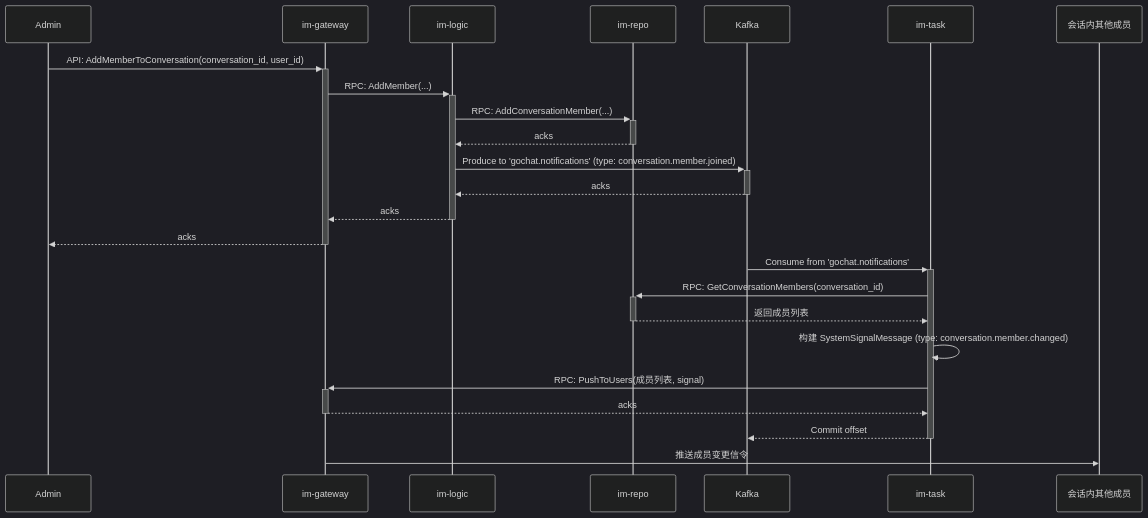
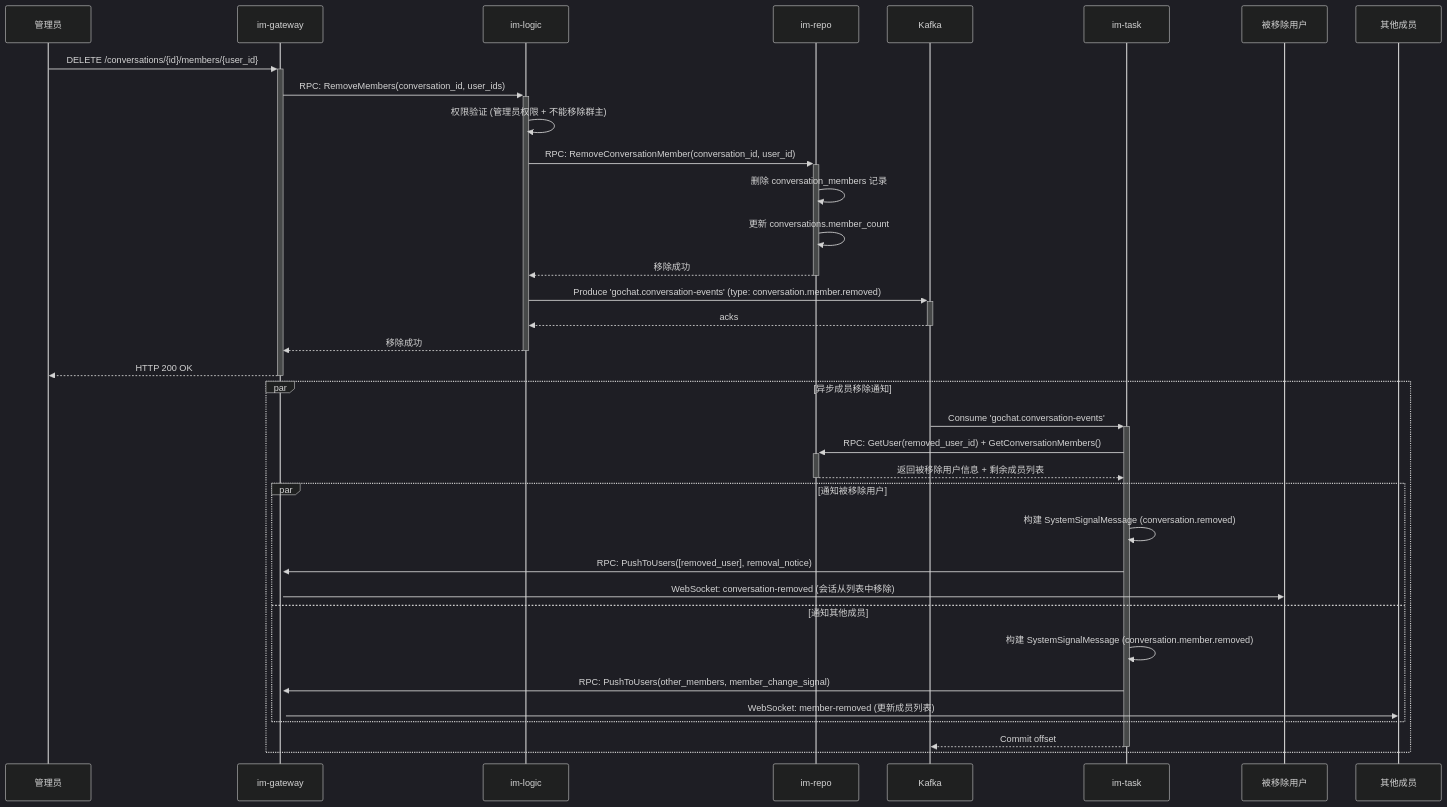
The seventh of 15 diagrams in docs/06_data_models/02_core_im_flows.md (ceyewan/gochat), drawn with Mermaid (dark theme) before and after one commit. The commit also changed other lines of this file and 5 other files, not shown here.

````diff
--- a/docs/06_data_models/02_core_im_flows.md
+++ b/docs/06_data_models/02_core_im_flows.md
@@ -125,29 +323,44 @@
 ```mermaid
 sequenceDiagram
-    participant Admin
+    participant Admin as 管理员
     participant Gateway as im-gateway
     participant Logic as im-logic
     participant Repo as im-repo
     participant Kafka
     participant Task as im-task
-    participant Others as 会话内其他成员
+    participant RemovedUser as 被移除用户
+    participant OtherMembers as 其他成员
 
-    Admin->>+Gateway: API: AddMemberToConversation(conversation_id, user_id)
-    Gateway->>+Logic: RPC: AddMember(...)
-    Logic->>+Repo: RPC: AddConversationMember(...)
-    Repo-->>-Logic: acks
-    Logic->>+Kafka: Produce to 'gochat.notifications' (type: conversation.member.joined)
+    Admin->>+Gateway: DELETE /conversations/{id}/members/{user_id}
+    Gateway->>+Logic: RPC: RemoveMembers(conversation_id, user_ids)
+    Logic->>Logic: 权限验证 (管理员权限 + 不能移除群主)
+    
+    Logic->>+Repo: RPC: RemoveConversationMember(conversation_id, user_id)
+    Repo->>Repo: 删除 conversation_members 记录
+    Repo->>Repo: 更新 conversations.member_count
+    Repo-->>-Logic: 移除成功
+
+    Logic->>+Kafka: Produce 'gochat.conversation-events' (type: conversation.member.removed)
     Kafka-->>-Logic: acks
-    Logic-->>-Gateway: acks
-    Gateway-->>-Admin: acks
+    Logic-->>-Gateway: 移除成功
+    Gateway-->>-Admin: HTTP 200 OK
 
-    Kafka->>+Task: Consume from 'gochat.notifications'
-    Task->>+Repo: RPC: GetConversationMembers(conversation_id)
-    Repo-->>-Task: 返回成员列表
-    Task->>Task: 构建 SystemSignalMessage (type: conversation.member.changed)
-    Task->>+Gateway: RPC: PushToUsers(成员列表, signal)
-    Gateway-->>-Task: acks
-    Task-->>-Kafka: Commit offset
+    par 异步成员移除通知
+        Kafka->>+Task: Consume 'gochat.conversation-events'
+        Task->>+Repo: RPC: GetUser(removed_user_id) + GetConversationMembers()
+        Repo-->>-Task: 返回被移除用户信息 + 剩余成员列表
 
-    Gateway->>Others: 推送成员变更信令
+        par 通知被移除用户
+            Task->>Task: 构建 SystemSignalMessage (conversation.removed)
+            Task->>+Gateway: RPC: PushToUsers([removed_user], removal_notice)
+            Gateway->>RemovedUser: WebSocket: conversation-removed (会话从列表中移除)
+        
+        and 通知其他成员
+            Task->>Task: 构建 SystemSignalMessage (conversation.member.removed)
+            Task->>+Gateway: RPC: PushToUsers(other_members, member_change_signal)
+            Gateway->>OtherMembers: WebSocket: member-removed (更新成员列表)
+        end
+        
+        Task-->>-Kafka: Commit offset
+    end
 ```
````
